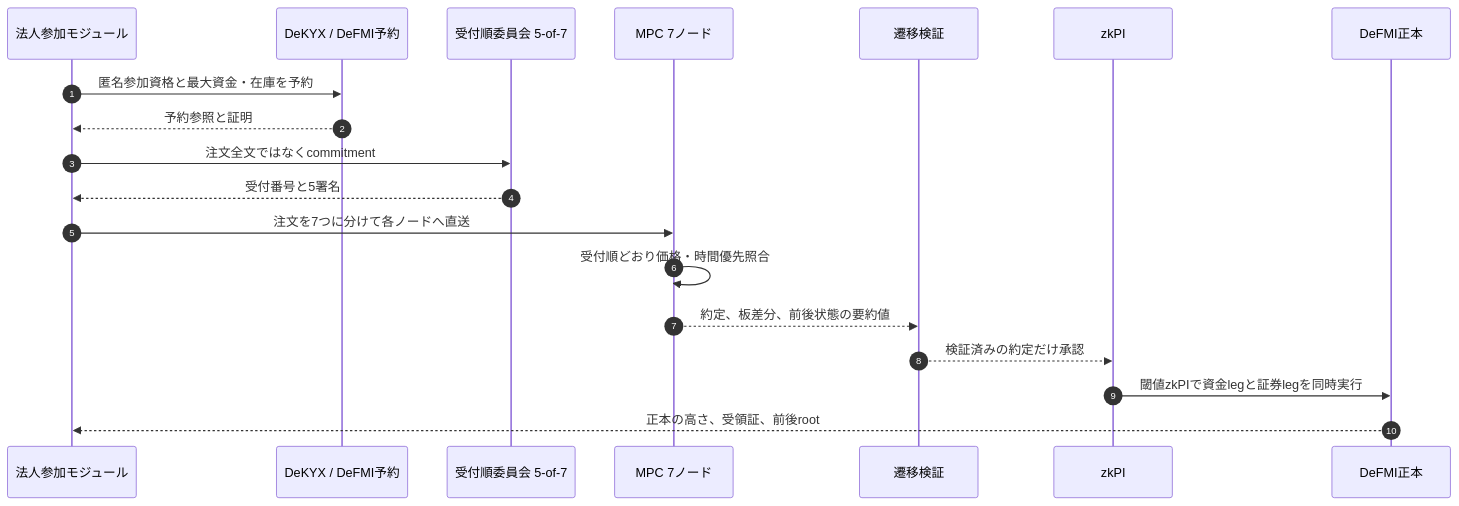
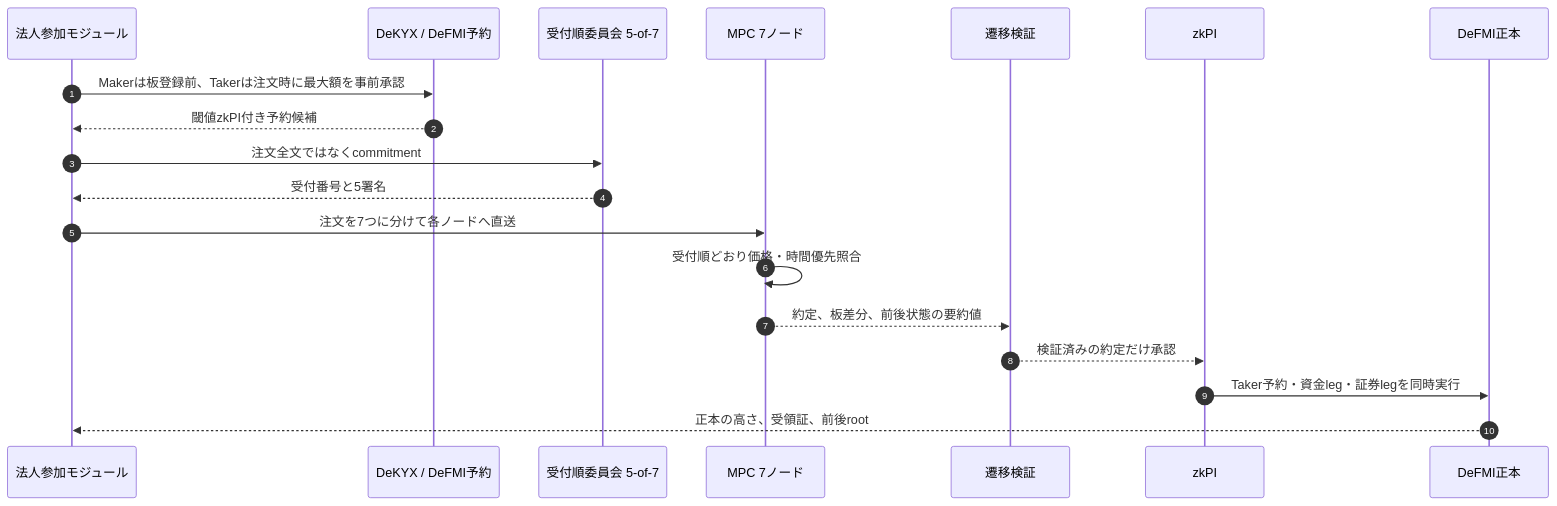
One commit to zkFMI/oclob changed the first of 2 diagrams in docs/ARCHITECTURE.md. Above: the diagram before and after it, drawn with Mermaid. The commit also changed other lines of this file and 17 other files, not shown here.

````diff
--- a/docs/ARCHITECTURE.md
+++ b/docs/ARCHITECTURE.md
@@ -15,22 +15,22 @@
 ```mermaid
 sequenceDiagram
     autonumber
     participant U as 法人参加モジュール
     participant D as DeKYX / DeFMI予約
     participant O as 受付順委員会 5-of-7
     participant M as MPC 7ノード
     participant P as 遷移検証
     participant Z as zkPI
     participant L as DeFMI正本
 
-    U->>D: 匿名参加資格と最大資金・在庫を予約
-    D-->>U: 予約参照と証明
+    U->>D: Makerは板登録前、Takerは注文時に最大額を事前承認
+    D-->>U: 閾値zkPI付き予約候補
     U->>O: 注文全文ではなくcommitment
     O-->>U: 受付番号と5署名
     U->>M: 注文を7つに分けて各ノードへ直送
     M->>M: 受付順どおり価格・時間優先照合
     M-->>P: 約定、板差分、前後状態の要約値
     P-->>Z: 検証済みの約定だけ承認
-    Z->>L: 閾値zkPIで資金legと証券legを同時実行
+    Z->>L: Taker予約・資金leg・証券legを同時実行
     L-->>U: 正本の高さ、受領証、前後root
 ```
````
